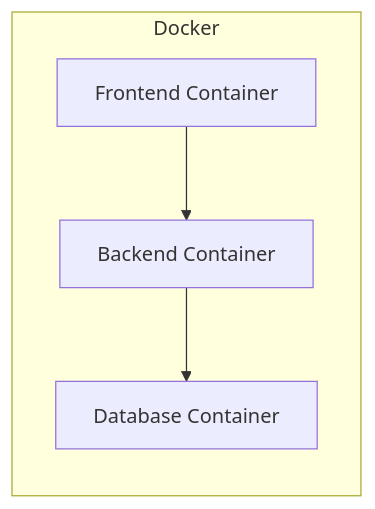
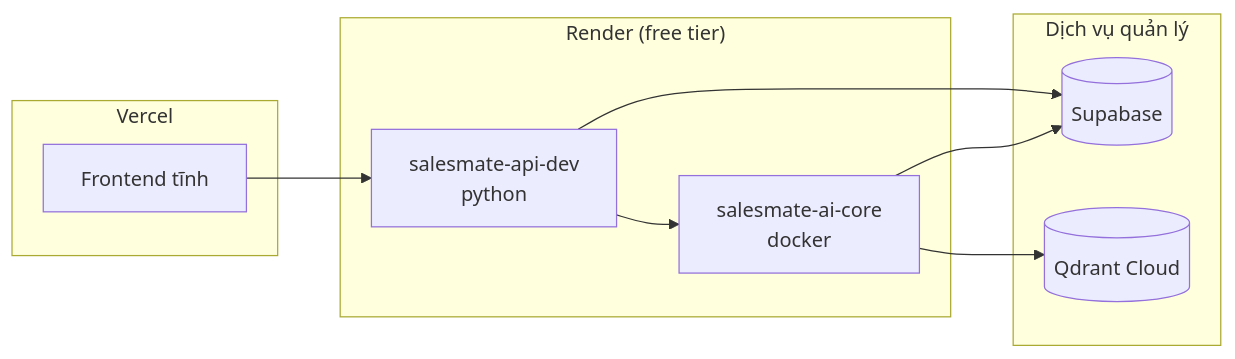
One commit to DQHuyyyyy/Sale_mate changed the third of 3 diagrams in ARCHITECTURE.md. Above: the diagram before and after it, drawn with Mermaid. The commit also changed other lines of this file and 2 other files, not shown here.

````diff
--- a/ARCHITECTURE.md
+++ b/ARCHITECTURE.md
@@ -93,9 +161,18 @@
 ```mermaid
 graph LR
-    subgraph Docker
-        FE[Frontend Container]
-        BE[Backend Container]
-        DB_C[Database Container]
+    subgraph Vercel
+        FE[Frontend tĩnh]
     end
-    FE --> BE --> DB_C
+    subgraph Render["Render (free tier)"]
+        BE[salesmate-api-dev<br/>python]
+        AI[salesmate-ai-core<br/>docker]
+    end
+    subgraph Managed["Dịch vụ quản lý"]
+        SB[(Supabase)]
+        QD[(Qdrant Cloud)]
+    end
+    FE --> BE --> AI
+    BE --> SB
+    AI --> QD
+    AI --> SB
 ```
````
